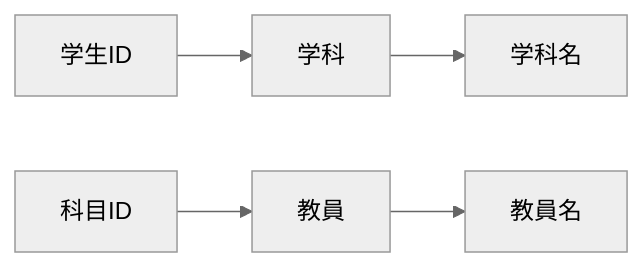
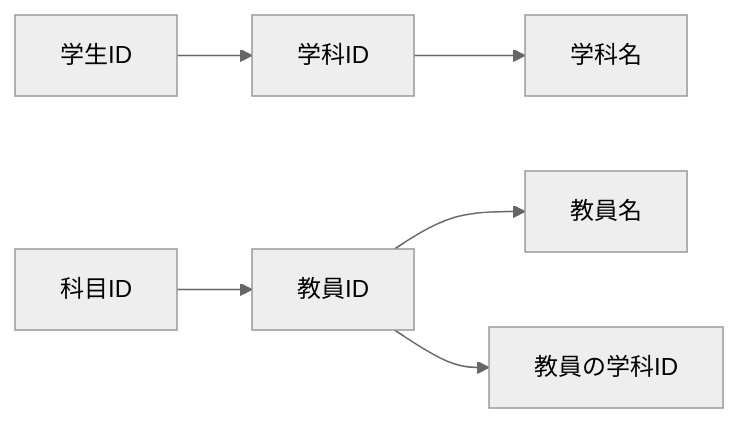
Before and after one commit to YTS0418/PRMN_SYSTEM_Lecture: the fourth of 6 diagrams in データベース/05_正規化.md, drawn with Mermaid (neutral theme). The commit also changed other lines of this file, not shown here.

````diff
--- a/データベース/05_正規化.md
+++ b/データベース/05_正規化.md
@@ -226,5 +257,6 @@
 ```mermaid
 flowchart LR
-    s["学生ID"] --> d["学科"] --> dn["学科名"]
-    c["科目ID"] --> t["教員"] --> tn["教員名"]
+    s["学生ID"] --> d["学科ID"] --> dn["学科名"]
+    c["科目ID"] --> t["教員ID"] --> tn["教員名"]
+    t --> td["教員の学科ID"]
 ```
````
